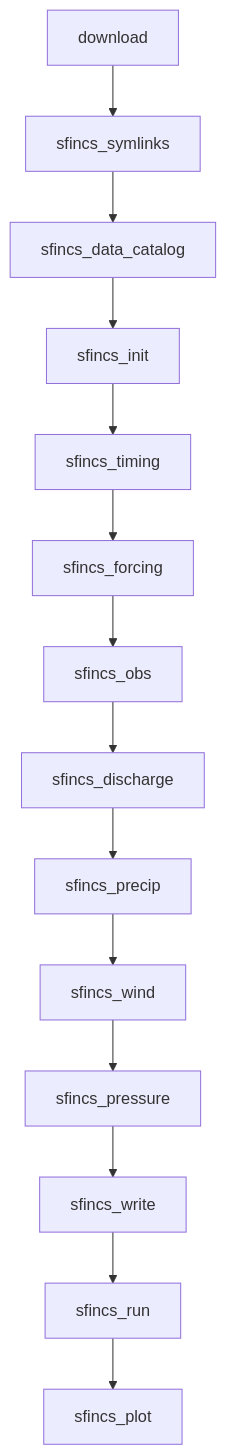
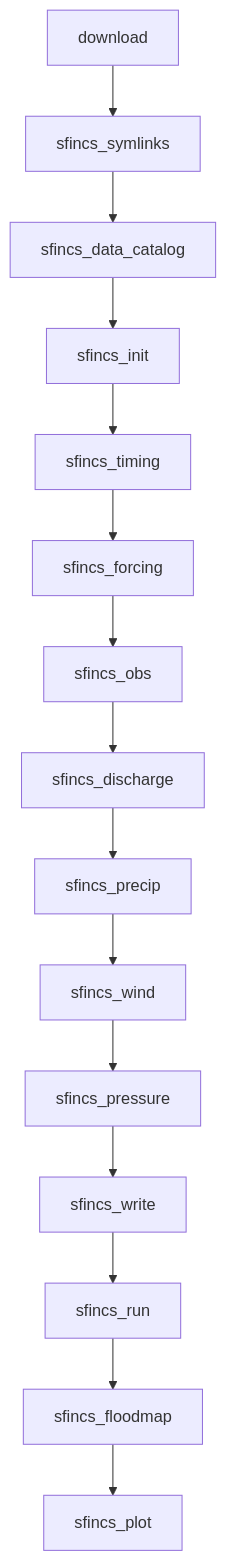
One commit to NGWPC/nwm-coastal changed the second of 3 diagrams in docs/user-guide/workflow-stages.md. Above: the diagram before and after it, drawn with Mermaid. The commit also changed other lines of this file and 7 other files, not shown here.

````diff
--- a/docs/user-guide/workflow-stages.md
+++ b/docs/user-guide/workflow-stages.md
@@ -29,16 +29,17 @@
 ```mermaid
 flowchart TD
     A[download] --> B[sfincs_symlinks]
     B --> C[sfincs_data_catalog]
     C --> D[sfincs_init]
     D --> E[sfincs_timing]
     E --> F[sfincs_forcing]
     F --> G[sfincs_obs]
     G --> H[sfincs_discharge]
     H --> I[sfincs_precip]
     I --> J[sfincs_wind]
     J --> K[sfincs_pressure]
     K --> L[sfincs_write]
     L --> M[sfincs_run]
-    M --> N[sfincs_plot]
+    M --> N[sfincs_floodmap]
+    N --> O[sfincs_plot]
 ```
````
